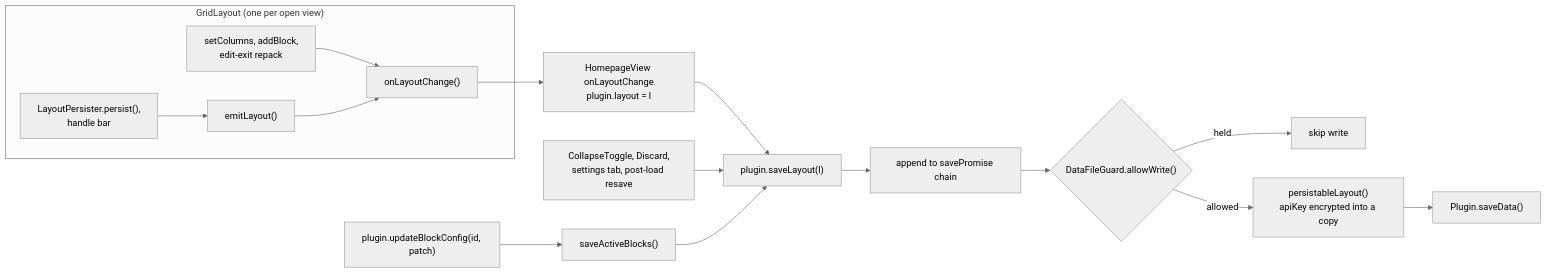
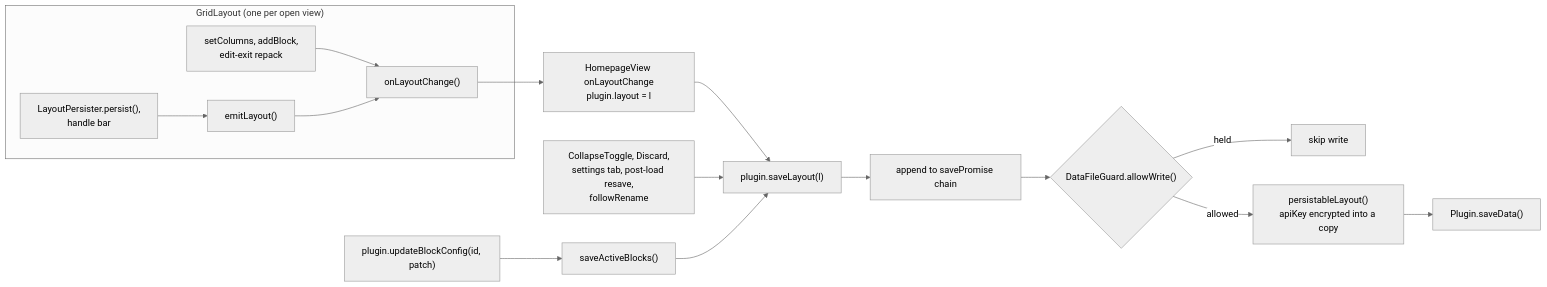
One commit to acaprino/obsidian-plugin-homepage changed the first of 15 diagrams in docs/flows.md. Above: the diagram before and after it, drawn with Mermaid (neutral theme). The commit also changed other lines of this file and 10 other files, not shown here.

````diff
--- a/docs/flows.md
+++ b/docs/flows.md
@@ -40,17 +43,17 @@
 ```mermaid
 flowchart LR
   subgraph G["GridLayout (one per open view)"]
     P1["LayoutPersister.persist(),<br/>handle bar"] --> E["emitLayout()"]
     H1["setColumns, addBlock,<br/>edit-exit repack"] --> OC["onLayoutChange()"]
     E --> OC
   end
   OC --> OLC["HomepageView onLayoutChange<br/>plugin.layout = l"]
   OLC --> SL["plugin.saveLayout(l)"]
-  CT["CollapseToggle, Discard,<br/>settings tab, post-load resave"] --> SL
+  CT["CollapseToggle, Discard,<br/>settings tab, post-load resave,<br/>followRename"] --> SL
   UBC["plugin.updateBlockConfig(id, patch)"] --> SAB["saveActiveBlocks()"] --> SL
   SL --> Q["append to savePromise chain"]
   Q --> GU{"DataFileGuard.allowWrite()"}
   GU -- "held" --> X["skip write"]
   GU -- "allowed" --> PL["persistableLayout()<br/>apiKey encrypted into a copy"]
   PL --> SD["Plugin.saveData()"]
 ```
````
